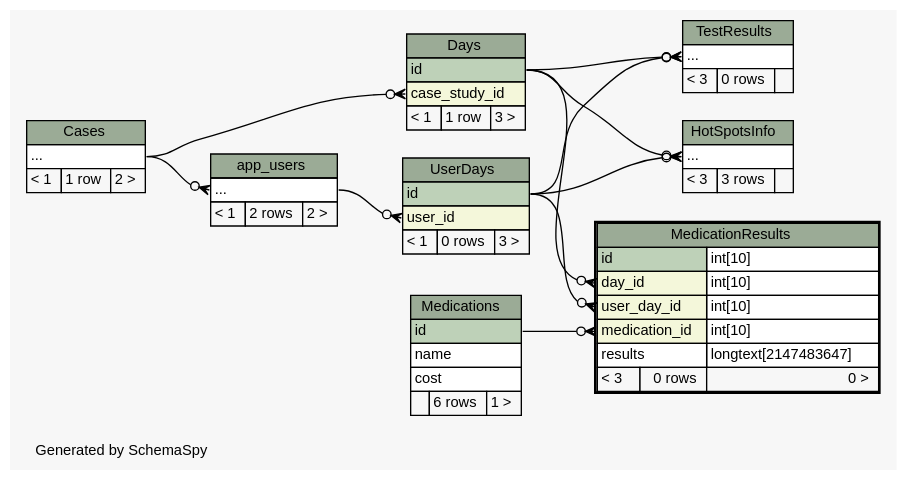
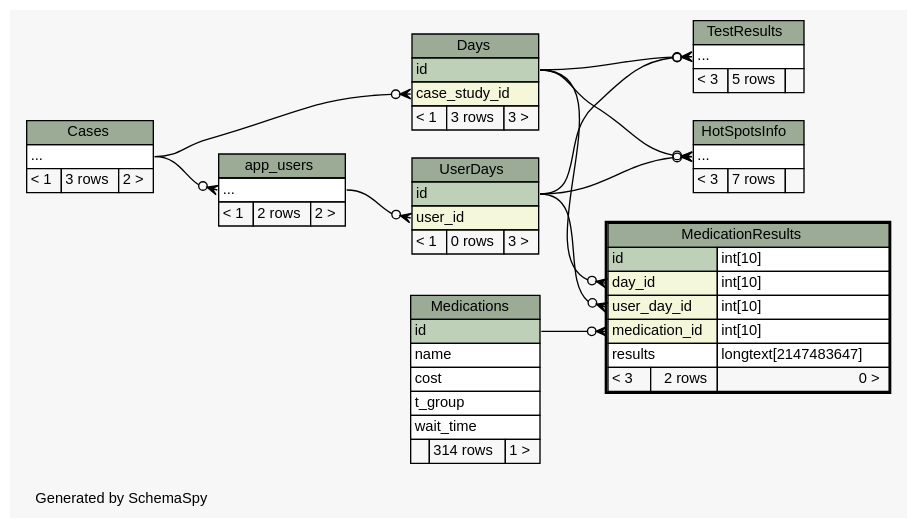
One commit to carrel2/CaseStudies changed the diagram in web/files/schema/diagrams/MedicationResults.2degrees.dot. Above: the diagram before and after it, drawn with Graphviz. The commit also changed 206 other files, not shown here.

```diff
--- a/web/files/schema/diagrams/MedicationResults.2degrees.dot
+++ b/web/files/schema/diagrams/MedicationResults.2degrees.dot
@@ -1,120 +1,122 @@
-// dot 2.38.0 on Linux 4.4.0-72-generic
+// dot 2.38.0 on Linux 4.4.0-77-generic
 // SchemaSpy rev 590
 digraph "twoDegreesRelationshipsDiagram" {
   graph [
     rankdir="RL"
     bgcolor="#f7f7f7"
     label="\nGenerated by SchemaSpy"
     labeljust="l"
     nodesep="0.18"
     ranksep="0.46"
     fontname="Helvetica"
     fontsize="11"
   ];
   node [
     fontname="Helvetica"
     fontsize="11"
     shape="plaintext"
   ];
   edge [
     arrowsize="0.8"
   ];
   "app_users":"elipses":w -> "Cases":"elipses":e [arrowhead=none dir=back arrowtail=crowodot];
   "Days":"case_study_id":w -> "Cases":"elipses":e [arrowhead=none dir=back arrowtail=crowodot];
   "HotSpotsInfo":"elipses":w -> "Days":"id":e [arrowhead=none dir=back arrowtail=crowodot];
   "HotSpotsInfo":"elipses":w -> "UserDays":"id":e [arrowhead=none dir=back arrowtail=crowodot];
   "MedicationResults":"day_id":w -> "Days":"id":e [arrowhead=none dir=back arrowtail=crowodot];
   "MedicationResults":"medication_id":w -> "Medications":"id":e [arrowhead=none dir=back arrowtail=crowodot];
   "MedicationResults":"user_day_id":w -> "UserDays":"id":e [arrowhead=none dir=back arrowtail=crowodot];
   "TestResults":"elipses":w -> "Days":"id":e [arrowhead=none dir=back arrowtail=crowodot];
   "TestResults":"elipses":w -> "UserDays":"id":e [arrowhead=none dir=back arrowtail=crowodot];
   "UserDays":"user_id":w -> "app_users":"elipses":e [arrowhead=none dir=back arrowtail=crowodot];
   "app_users" [
     label=<
     <TABLE BORDER="0" CELLBORDER="1" CELLSPACING="0" BGCOLOR="#ffffff">
       <TR><TD COLSPAN="3" BGCOLOR="#9bab96" ALIGN="CENTER">app_users</TD></TR>
       <TR><TD PORT="elipses" COLSPAN="3" ALIGN="LEFT">...</TD></TR>
       <TR><TD ALIGN="LEFT" BGCOLOR="#f7f7f7">&lt; 1</TD><TD ALIGN="RIGHT" BGCOLOR="#f7f7f7">2 rows</TD><TD ALIGN="RIGHT" BGCOLOR="#f7f7f7">2 &gt;</TD></TR>
     </TABLE>>
     URL="app_users.html"
     tooltip="app_users"
   ];
   "Cases" [
     label=<
     <TABLE BORDER="0" CELLBORDER="1" CELLSPACING="0" BGCOLOR="#ffffff">
       <TR><TD COLSPAN="3" BGCOLOR="#9bab96" ALIGN="CENTER">Cases</TD></TR>
       <TR><TD PORT="elipses" COLSPAN="3" ALIGN="LEFT">...</TD></TR>
-      <TR><TD ALIGN="LEFT" BGCOLOR="#f7f7f7">&lt; 1</TD><TD ALIGN="RIGHT" BGCOLOR="#f7f7f7">1 row</TD><TD ALIGN="RIGHT" BGCOLOR="#f7f7f7">2 &gt;</TD></TR>
+      <TR><TD ALIGN="LEFT" BGCOLOR="#f7f7f7">&lt; 1</TD><TD ALIGN="RIGHT" BGCOLOR="#f7f7f7">3 rows</TD><TD ALIGN="RIGHT" BGCOLOR="#f7f7f7">2 &gt;</TD></TR>
     </TABLE>>
     URL="Cases.html"
     tooltip="Cases"
   ];
   "Days" [
     label=<
     <TABLE BORDER="0" CELLBORDER="1" CELLSPACING="0" BGCOLOR="#ffffff">
       <TR><TD COLSPAN="3" BGCOLOR="#9bab96" ALIGN="CENTER">Days</TD></TR>
       <TR><TD PORT="id" COLSPAN="3" BGCOLOR="#bed1b8" ALIGN="LEFT">id</TD></TR>
       <TR><TD PORT="case_study_id" COLSPAN="3" BGCOLOR="#f4f7da" ALIGN="LEFT">case_study_id</TD></TR>
-      <TR><TD ALIGN="LEFT" BGCOLOR="#f7f7f7">&lt; 1</TD><TD ALIGN="RIGHT" BGCOLOR="#f7f7f7">1 row</TD><TD ALIGN="RIGHT" BGCOLOR="#f7f7f7">3 &gt;</TD></TR>
+      <TR><TD ALIGN="LEFT" BGCOLOR="#f7f7f7">&lt; 1</TD><TD ALIGN="RIGHT" BGCOLOR="#f7f7f7">3 rows</TD><TD ALIGN="RIGHT" BGCOLOR="#f7f7f7">3 &gt;</TD></TR>
     </TABLE>>
     URL="Days.html"
     tooltip="Days"
   ];
   "HotSpotsInfo" [
     label=<
     <TABLE BORDER="0" CELLBORDER="1" CELLSPACING="0" BGCOLOR="#ffffff">
       <TR><TD COLSPAN="3" BGCOLOR="#9bab96" ALIGN="CENTER">HotSpotsInfo</TD></TR>
       <TR><TD PORT="elipses" COLSPAN="3" ALIGN="LEFT">...</TD></TR>
-      <TR><TD ALIGN="LEFT" BGCOLOR="#f7f7f7">&lt; 3</TD><TD ALIGN="RIGHT" BGCOLOR="#f7f7f7">3 rows</TD><TD ALIGN="RIGHT" BGCOLOR="#f7f7f7">  </TD></TR>
+      <TR><TD ALIGN="LEFT" BGCOLOR="#f7f7f7">&lt; 3</TD><TD ALIGN="RIGHT" BGCOLOR="#f7f7f7">7 rows</TD><TD ALIGN="RIGHT" BGCOLOR="#f7f7f7">  </TD></TR>
     </TABLE>>
     URL="HotSpotsInfo.html"
     tooltip="HotSpotsInfo"
   ];
   "MedicationResults" [
     label=<
     <TABLE BORDER="2" CELLBORDER="1" CELLSPACING="0" BGCOLOR="#ffffff">
       <TR><TD COLSPAN="3" BGCOLOR="#9bab96" ALIGN="CENTER">MedicationResults</TD></TR>
       <TR><TD PORT="id" COLSPAN="2" BGCOLOR="#bed1b8" ALIGN="LEFT">id</TD><TD PORT="id.type" ALIGN="LEFT">int[10]</TD></TR>
       <TR><TD PORT="day_id" COLSPAN="2" BGCOLOR="#f4f7da" ALIGN="LEFT">day_id</TD><TD PORT="day_id.type" ALIGN="LEFT">int[10]</TD></TR>
       <TR><TD PORT="user_day_id" COLSPAN="2" BGCOLOR="#f4f7da" ALIGN="LEFT">user_day_id</TD><TD PORT="user_day_id.type" ALIGN="LEFT">int[10]</TD></TR>
       <TR><TD PORT="medication_id" COLSPAN="2" BGCOLOR="#f4f7da" ALIGN="LEFT">medication_id</TD><TD PORT="medication_id.type" ALIGN="LEFT">int[10]</TD></TR>
       <TR><TD PORT="results" COLSPAN="2" ALIGN="LEFT">results</TD><TD PORT="results.type" ALIGN="LEFT">longtext[2147483647]</TD></TR>
-      <TR><TD ALIGN="LEFT" BGCOLOR="#f7f7f7">&lt; 3</TD><TD ALIGN="RIGHT" BGCOLOR="#f7f7f7">0 rows</TD><TD ALIGN="RIGHT" BGCOLOR="#f7f7f7">0 &gt;</TD></TR>
+      <TR><TD ALIGN="LEFT" BGCOLOR="#f7f7f7">&lt; 3</TD><TD ALIGN="RIGHT" BGCOLOR="#f7f7f7">2 rows</TD><TD ALIGN="RIGHT" BGCOLOR="#f7f7f7">0 &gt;</TD></TR>
     </TABLE>>
     URL="MedicationResults.html"
     tooltip="MedicationResults"
   ];
   "Medications" [
     label=<
     <TABLE BORDER="0" CELLBORDER="1" CELLSPACING="0" BGCOLOR="#ffffff">
       <TR><TD COLSPAN="3" BGCOLOR="#9bab96" ALIGN="CENTER">Medications</TD></TR>
       <TR><TD PORT="id" COLSPAN="3" BGCOLOR="#bed1b8" ALIGN="LEFT">id</TD></TR>
       <TR><TD PORT="name" COLSPAN="3" ALIGN="LEFT">name</TD></TR>
       <TR><TD PORT="cost" COLSPAN="3" ALIGN="LEFT">cost</TD></TR>
-      <TR><TD ALIGN="LEFT" BGCOLOR="#f7f7f7">  </TD><TD ALIGN="RIGHT" BGCOLOR="#f7f7f7">6 rows</TD><TD ALIGN="RIGHT" BGCOLOR="#f7f7f7">1 &gt;</TD></TR>
+      <TR><TD PORT="t_group" COLSPAN="3" ALIGN="LEFT">t_group</TD></TR>
+      <TR><TD PORT="wait_time" COLSPAN="3" ALIGN="LEFT">wait_time</TD></TR>
+      <TR><TD ALIGN="LEFT" BGCOLOR="#f7f7f7">  </TD><TD ALIGN="RIGHT" BGCOLOR="#f7f7f7">314 rows</TD><TD ALIGN="RIGHT" BGCOLOR="#f7f7f7">1 &gt;</TD></TR>
     </TABLE>>
     URL="Medications.html"
     tooltip="Medications"
   ];
   "TestResults" [
     label=<
     <TABLE BORDER="0" CELLBORDER="1" CELLSPACING="0" BGCOLOR="#ffffff">
       <TR><TD COLSPAN="3" BGCOLOR="#9bab96" ALIGN="CENTER">TestResults</TD></TR>
       <TR><TD PORT="elipses" COLSPAN="3" ALIGN="LEFT">...</TD></TR>
-      <TR><TD ALIGN="LEFT" BGCOLOR="#f7f7f7">&lt; 3</TD><TD ALIGN="RIGHT" BGCOLOR="#f7f7f7">0 rows</TD><TD ALIGN="RIGHT" BGCOLOR="#f7f7f7">  </TD></TR>
+      <TR><TD ALIGN="LEFT" BGCOLOR="#f7f7f7">&lt; 3</TD><TD ALIGN="RIGHT" BGCOLOR="#f7f7f7">5 rows</TD><TD ALIGN="RIGHT" BGCOLOR="#f7f7f7">  </TD></TR>
     </TABLE>>
     URL="TestResults.html"
     tooltip="TestResults"
   ];
   "UserDays" [
     label=<
     <TABLE BORDER="0" CELLBORDER="1" CELLSPACING="0" BGCOLOR="#ffffff">
       <TR><TD COLSPAN="3" BGCOLOR="#9bab96" ALIGN="CENTER">UserDays</TD></TR>
       <TR><TD PORT="id" COLSPAN="3" BGCOLOR="#bed1b8" ALIGN="LEFT">id</TD></TR>
       <TR><TD PORT="user_id" COLSPAN="3" BGCOLOR="#f4f7da" ALIGN="LEFT">user_id</TD></TR>
       <TR><TD ALIGN="LEFT" BGCOLOR="#f7f7f7">&lt; 1</TD><TD ALIGN="RIGHT" BGCOLOR="#f7f7f7">0 rows</TD><TD ALIGN="RIGHT" BGCOLOR="#f7f7f7">3 &gt;</TD></TR>
     </TABLE>>
     URL="UserDays.html"
     tooltip="UserDays"
   ];
 }
```
